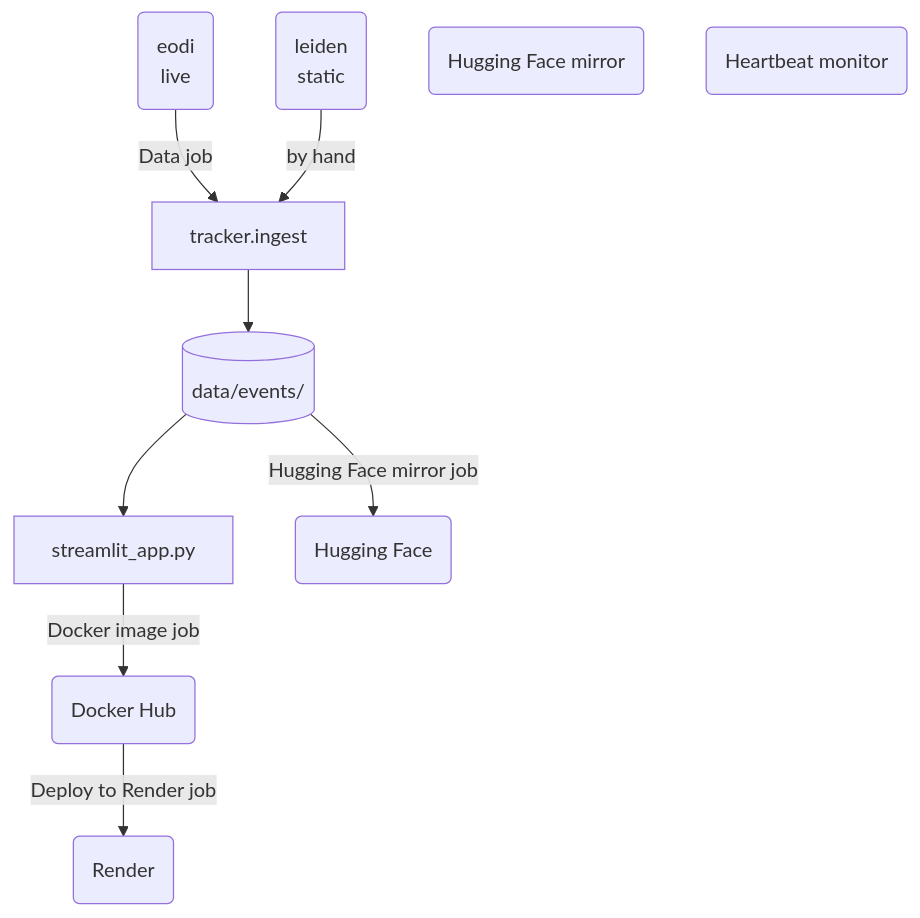
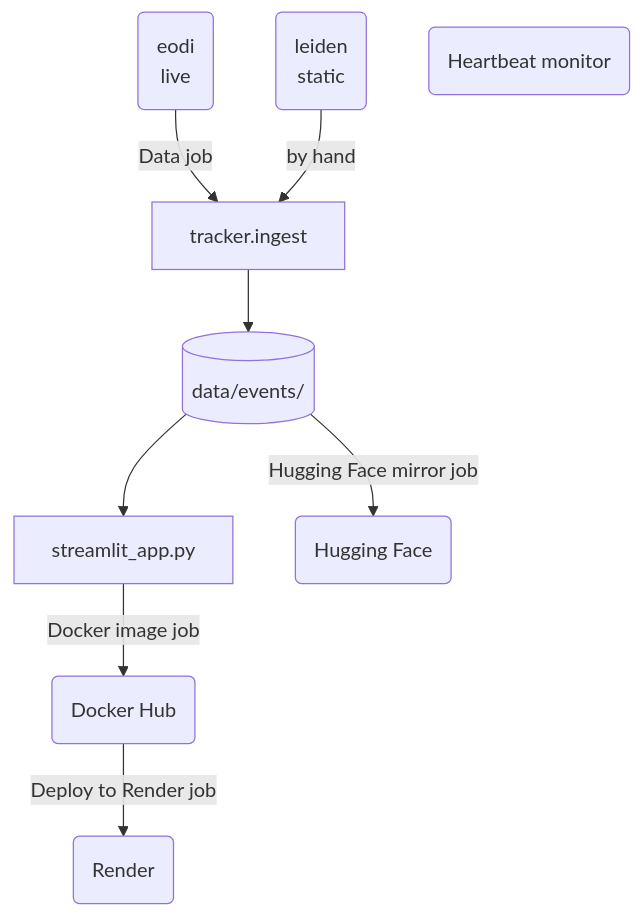
One commit to tryph0n/hybrid-tracker changed the first of 3 diagrams in docs/architecture.md. Above: the diagram before and after it, drawn with Mermaid. The commit also changed 2 other files, not shown here.

Commit message:
fix(release): connect the tag step to the Hugging Face node and test tags without a pipe
The generator matched only `hf upload`, so the tag step fell back to the job
name and the diagram showed an unconnected "Hugging Face mirror" node. The
pattern now matches `hf repos tag` too and the page is regenerated.

The tag test now reads the list with a here-string, so a SIGPIPE from grep -q
can never make a present tag look absent.

Refs #37

````diff
--- a/docs/architecture.md
+++ b/docs/architecture.md
@@ -25,20 +25,19 @@
 ```mermaid
 flowchart TB
   source_eodi("eodi<br/>live")
   source_leiden("leiden<br/>static")
   ingest["tracker.ingest"]
   events[("data/events/")]
   app["streamlit_app.py"]
   service_Docker_Hub("Docker Hub")
   service_Render("Render")
   service_Hugging_Face("Hugging Face")
-  service_Hugging_Face_mirror("Hugging Face mirror")
   service_Heartbeat_monitor("Heartbeat monitor")
   source_eodi -->|"Data job"| ingest
   source_leiden -->|"by hand"| ingest
   ingest --> events
   events --> app
   app -->|"Docker image job"| service_Docker_Hub
   service_Docker_Hub -->|"Deploy to Render job"| service_Render
   events -->|"Hugging Face mirror job"| service_Hugging_Face
 ```
````
